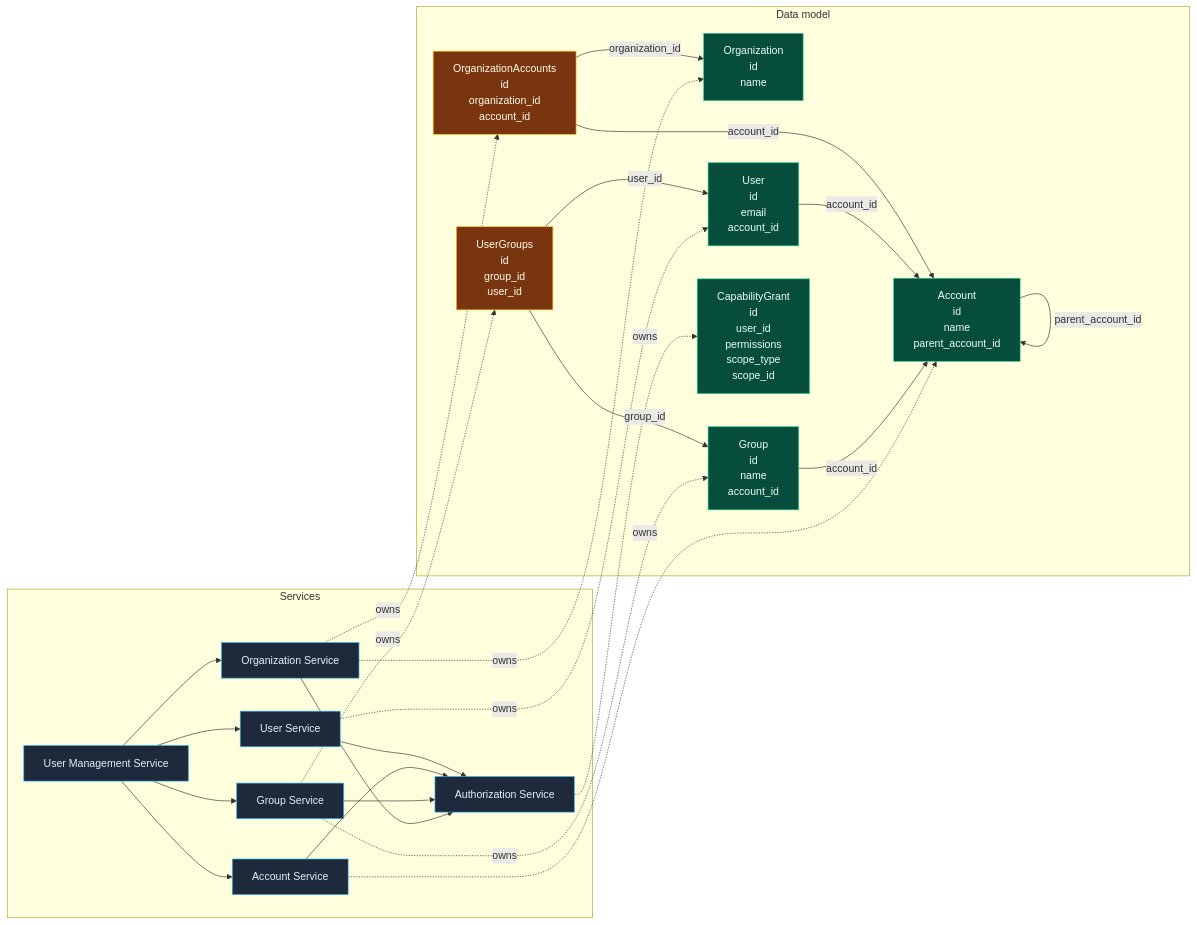
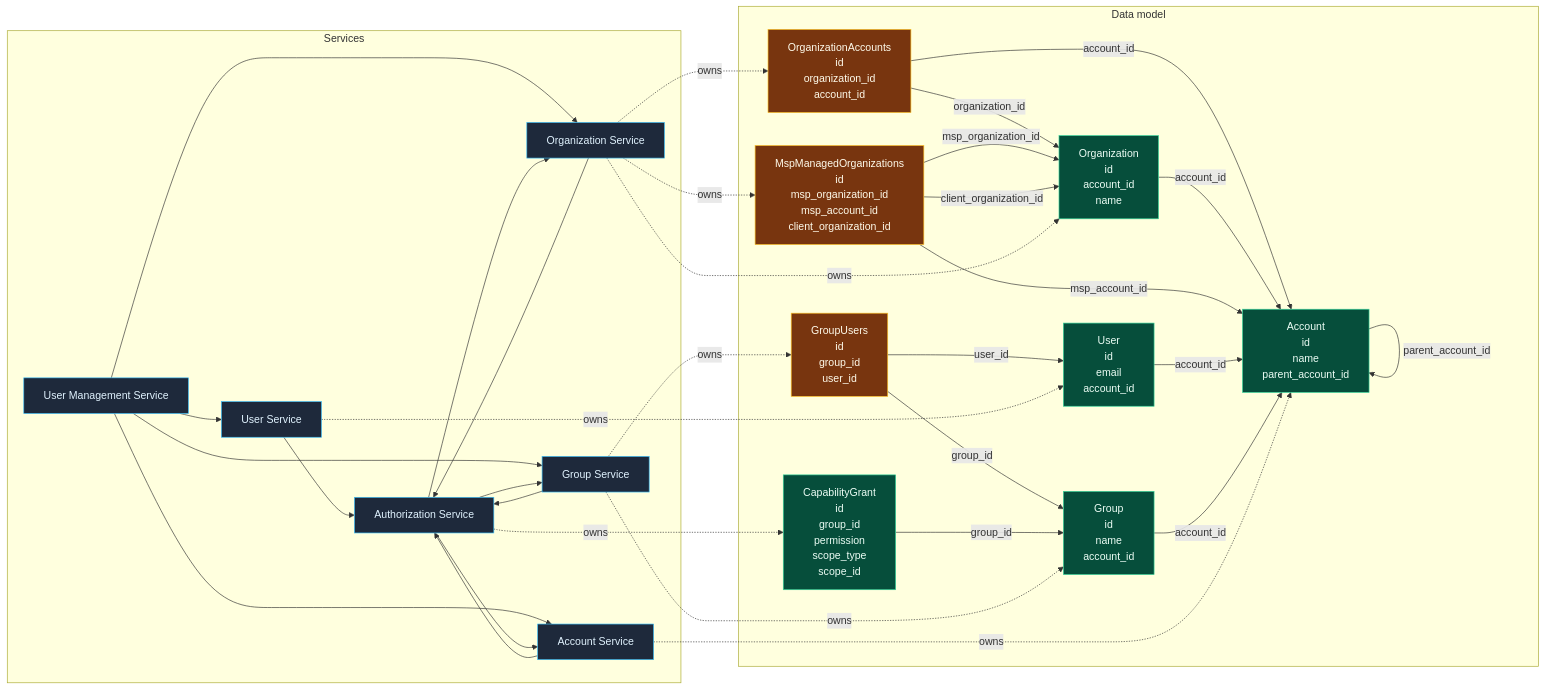
Before and after one commit to meleneth/whirred-io: the first of 6 diagrams in docs/articles/series/IAM-System-Demo/graphql-auth-explosion-case-study.md, drawn with Mermaid. The commit also changed other lines of this file and 16 other files, not shown here.

Commit message:
Align IAM articles with group-based authorization

````diff
--- a/docs/articles/series/IAM-System-Demo/graphql-auth-explosion-case-study.md
+++ b/docs/articles/series/IAM-System-Demo/graphql-auth-explosion-case-study.md
@@ -36,54 +36,64 @@
 ```mermaid
 flowchart LR
   classDef service fill:#1e293b,stroke:#38bdf8,color:#e0f2fe
   classDef model fill:#064e3b,stroke:#34d399,color:#ecfdf5
   classDef join fill:#78350f,stroke:#fbbf24,color:#fffbeb
 
   subgraph Services
     UserManagementService[User Management Service]
     UserService[User Service]
     OrganizationService[Organization Service]
     AccountService[Account Service]
     GroupService[Group Service]
     AuthorizationService[Authorization Service]
   end
 
   subgraph Data_Model[Data model]
     Account["Account<br/>id<br/>name<br/>parent_account_id"]
-    Organization["Organization<br/>id<br/>name"]
+    Organization["Organization<br/>id<br/>account_id<br/>name"]
     OrganizationAccounts["OrganizationAccounts<br/>id<br/>organization_id<br/>account_id"]
+    MspManagedOrganizations["MspManagedOrganizations<br/>id<br/>msp_organization_id<br/>msp_account_id<br/>client_organization_id"]
     User["User<br/>id<br/>email<br/>account_id"]
     Group["Group<br/>id<br/>name<br/>account_id"]
-    UserGroups["UserGroups<br/>id<br/>group_id<br/>user_id"]
-    CapabilityGrant["CapabilityGrant<br/>id<br/>user_id<br/>permissions<br/>scope_type<br/>scope_id"]
+    GroupUsers["GroupUsers<br/>id<br/>group_id<br/>user_id"]
+    CapabilityGrant["CapabilityGrant<br/>id<br/>group_id<br/>permission<br/>scope_type<br/>scope_id"]
   end
 
   Account -->|parent_account_id| Account
   OrganizationAccounts -->|account_id| Account
   OrganizationAccounts -->|organization_id| Organization
+  Organization -->|account_id| Account
+  MspManagedOrganizations -->|msp_organization_id| Organization
+  MspManagedOrganizations -->|client_organization_id| Organization
+  MspManagedOrganizations -->|msp_account_id| Account
   User -->|account_id| Account
   Group -->|account_id| Account
-  UserGroups -->|user_id| User
-  UserGroups -->|group_id| Group
+  GroupUsers -->|user_id| User
+  GroupUsers -->|group_id| Group
+  CapabilityGrant -->|group_id| Group
 
   UserService -. owns .-> User
   OrganizationService -. owns .-> Organization
   OrganizationService -. owns .-> OrganizationAccounts
+  OrganizationService -. owns .-> MspManagedOrganizations
   AccountService -. owns .-> Account
   GroupService -. owns .-> Group
-  GroupService -. owns .-> UserGroups
+  GroupService -. owns .-> GroupUsers
   AuthorizationService -. owns .-> CapabilityGrant
 
   UserManagementService --> UserService
   UserManagementService --> OrganizationService
   UserManagementService --> AccountService
   UserManagementService --> GroupService
   UserService --> AuthorizationService
   AccountService --> AuthorizationService
   GroupService --> AuthorizationService
   OrganizationService --> AuthorizationService
+  AuthorizationService --> AccountService
+  AuthorizationService --> GroupService
+  AuthorizationService --> OrganizationService
 
   class UserManagementService,UserService,OrganizationService,AccountService,GroupService,AuthorizationService service
   class Account,Organization,User,Group,CapabilityGrant model
-  class OrganizationAccounts,UserGroups join
+  class OrganizationAccounts,MspManagedOrganizations,GroupUsers join
 ```
````
